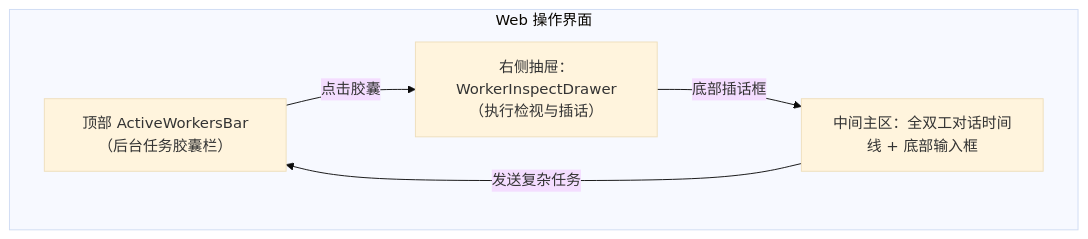
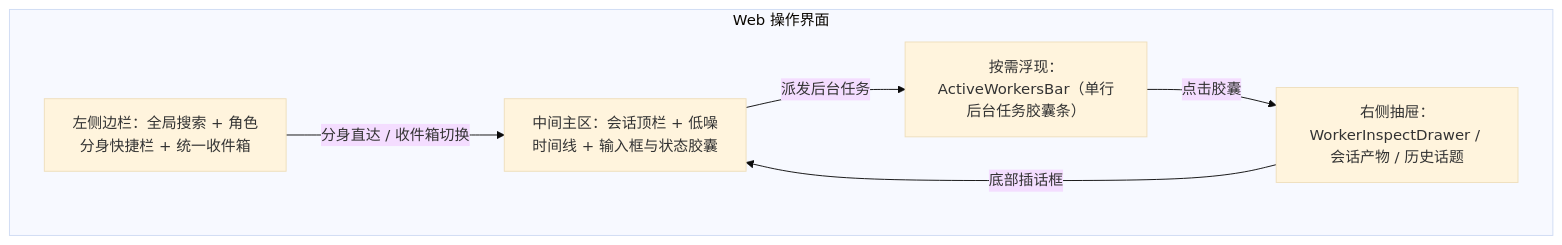
One commit to team4u/botd changed the first of 4 diagrams in docs/user-guide.md. Above: the diagram before and after it, drawn with Mermaid (base theme). The commit also changed other lines of this file and 21 other files, not shown here.

````diff
--- a/docs/user-guide.md
+++ b/docs/user-guide.md
@@ -11,12 +11,14 @@
 ```mermaid
 flowchart TB
     subgraph UI["Web 操作界面"]
-        Top["顶部 ActiveWorkersBar（后台任务胶囊栏）"]
-        Chat["中间主区：全双工对话时间线 + 底部输入框"]
-        Drawer["右侧抽屉：WorkerInspectDrawer（执行检视与插话）"]
+        Side["左侧边栏：全局搜索 + 角色分身快捷栏 + 统一收件箱"]
+        Top["按需浮现：ActiveWorkersBar（单行后台任务胶囊条）"]
+        Chat["中间主区：会话顶栏 + 低噪时间线 + 输入框与状态胶囊"]
+        Drawer["右侧抽屉：WorkerInspectDrawer / 会话产物 / 历史话题"]
     end
 
+    Side -->|"分身直达 / 收件箱切换"| Chat
+    Chat -->|"派发后台任务"| Top
     Top -->|"点击胶囊"| Drawer
-    Chat -->|"发送复杂任务"| Top
     Drawer -->|"底部插话框"| Chat
 ```
````
